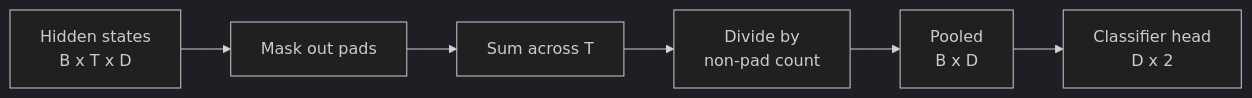
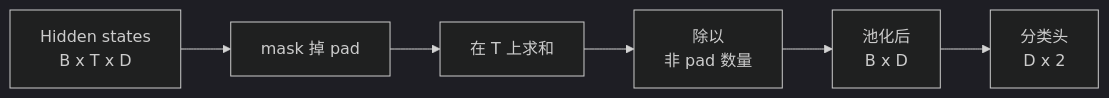
One commit to JerryC8080/ai-engineering-from-scratch-zh changed the second of 3 diagrams in phases/19-capstone-projects/38-classifier-finetuning/docs/zh.md. Above: the diagram before and after it, drawn with Mermaid (dark theme). The commit also changed other lines of this file and 156 other files, not shown here.

First line of the commit message:
i18n(zh): translate mermaid diagram labels in 157 lesson zh.md

````diff
--- a/phases/19-capstone-projects/38-classifier-finetuning/docs/zh.md
+++ b/phases/19-capstone-projects/38-classifier-finetuning/docs/zh.md
@@ -62,8 +62,8 @@
 ```mermaid
 flowchart LR
-  H[Hidden states<br/>B x T x D] --> M[Mask out pads]
-  M --> S[Sum across T]
-  S --> N[Divide by<br/>non-pad count]
-  N --> P[Pooled<br/>B x D]
-  P --> C[Classifier head<br/>D x 2]
+  H[Hidden states<br/>B x T x D] --> M[mask 掉 pad]
+  M --> S[在 T 上求和]
+  S --> N[除以<br/>非 pad 数量]
+  N --> P[池化后<br/>B x D]
+  P --> C[分类头<br/>D x 2]
 ```
````
